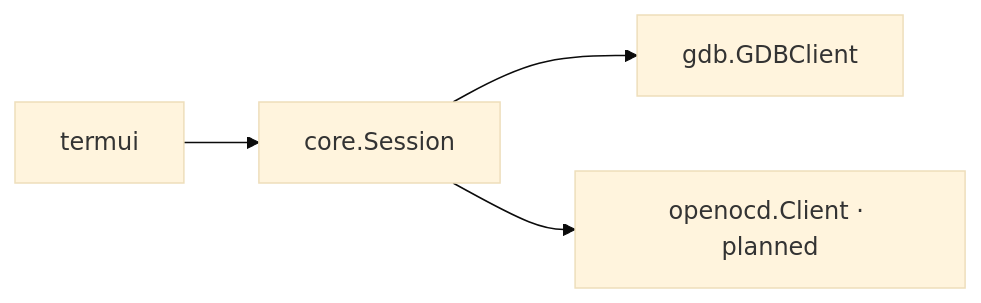
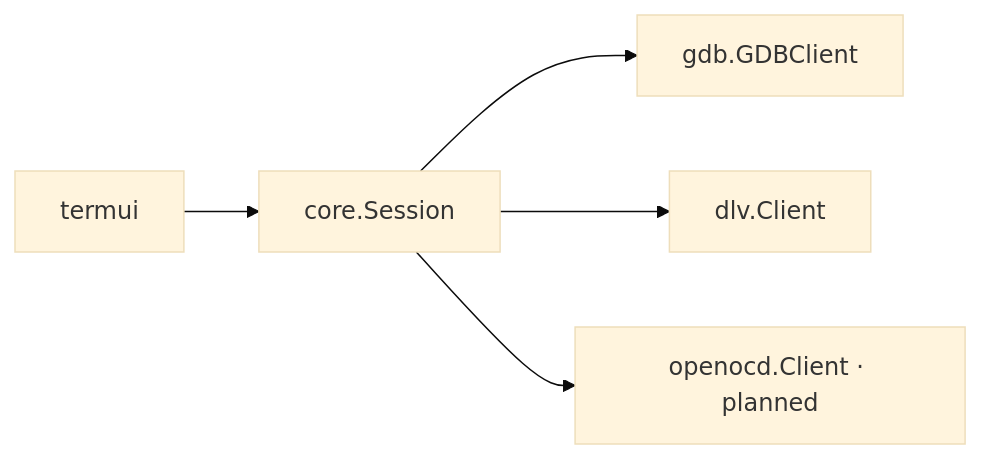
The seventh of 7 diagrams in docs/DEBUGGER_INTEGRATION.md (yairgd/gdbforge), drawn with Mermaid (base theme) before and after one commit. The commit also changed other lines of this file and 23 other files, not shown here.

````diff
--- a/docs/DEBUGGER_INTEGRATION.md
+++ b/docs/DEBUGGER_INTEGRATION.md
@@ -588,11 +626,13 @@
 ```mermaid
 flowchart LR
     UI["termui"]
     Core["core.Session"]
     GDB["gdb.GDBClient"]
+    DLV["dlv.Client"]
     OOCD["openocd.Client · planned"]
 
     UI --> Core
     Core --> GDB
+    Core --> DLV
     Core --> OOCD
 ```
````
